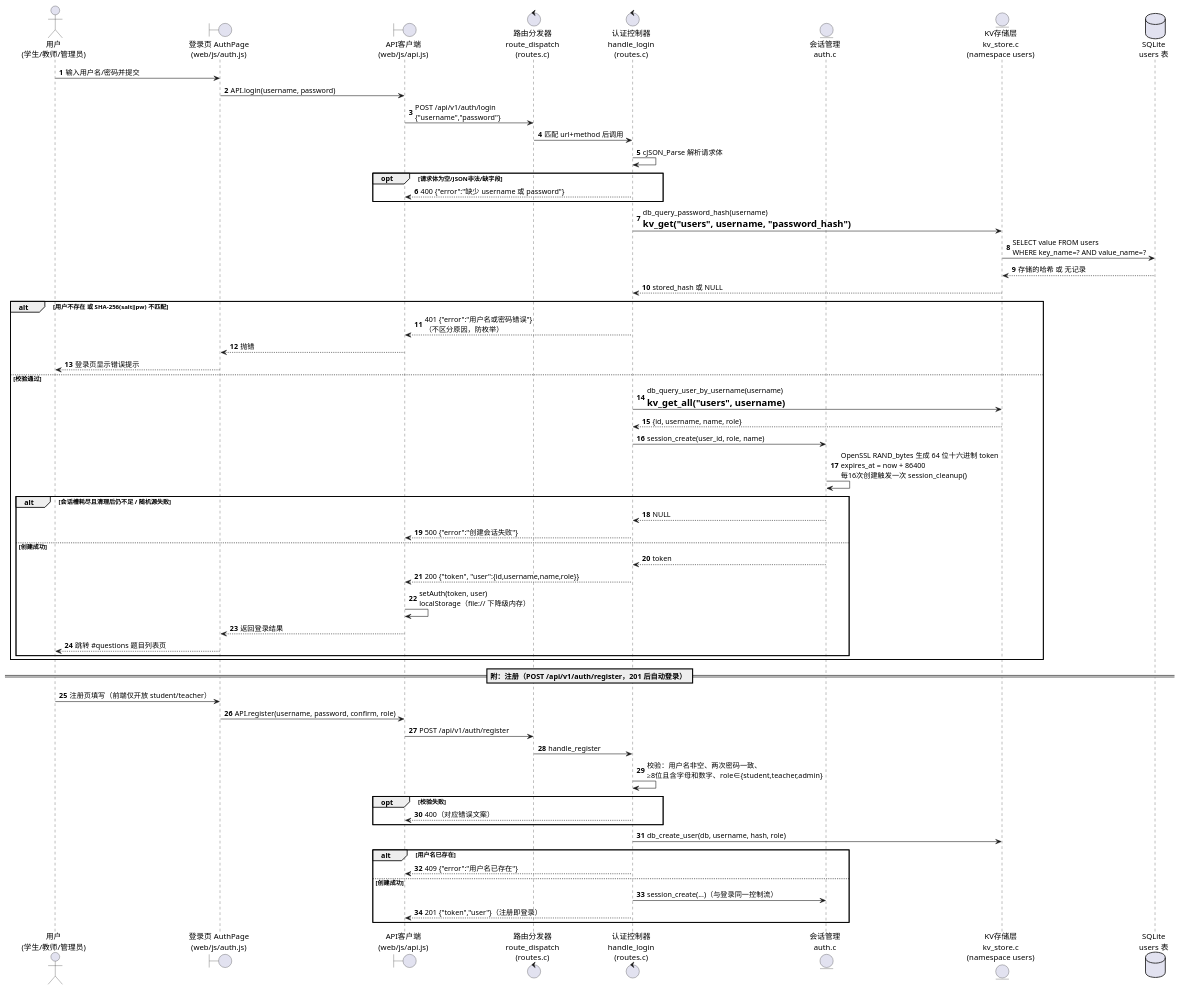
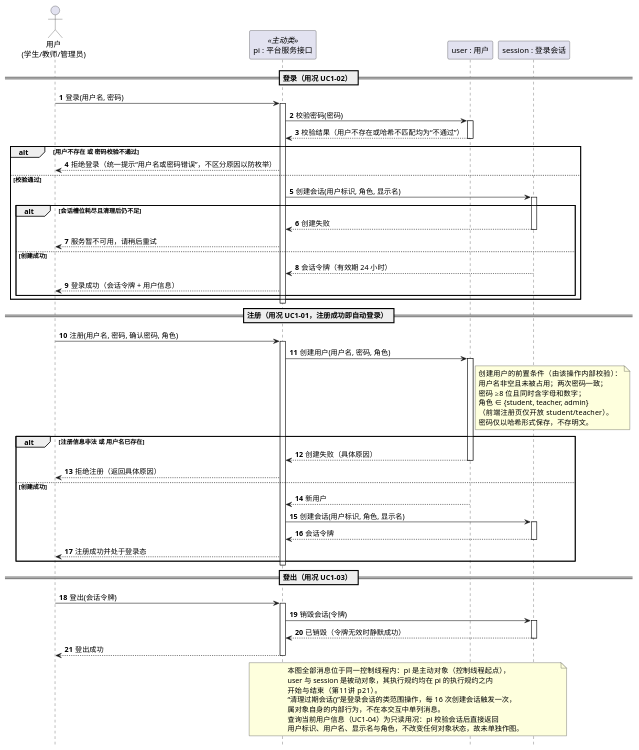
One commit to Araaaagorn/ai-question-bank changed the diagram in OOA_OOD/diagrams/sequence/seq1_login.puml. Above: the diagram before and after it, drawn with PlantUML. The commit also changed 86 other files, not shown here.

```diff
--- a/OOA_OOD/diagrams/sequence/seq1_login.puml
+++ b/OOA_OOD/diagrams/sequence/seq1_login.puml
@@ -1,69 +1,97 @@
 @startuml seq1_login
-' 顺序图1：用户登录与身份认证
-' 依据：web/js/auth.js+api.js、server/src/routes.c(handle_login/handle_register)、
-'       server/src/auth.c、server/src/db.c（经 kv_store 读 users）
+' AI+题库智能教学平台 — 图2-6 顺序图1：用户登录与身份认证（OOA 分析层）
+' 课程依据（第11讲）：
+'   p6  对象表示法为“[对象名] : 类名”；生命线为垂直虚线
+'   p7  执行规约（激活条）：顶端画在进入箭头的尖端，底端画在返回箭头的尾部
+'   p9  同步消息的返回可省略；需标识返回值时显式画在返回箭头上
+'   p16-19 用 opt / alt / loop 组合片段表达可选、条件与迭代，不用交叉消息线代替逻辑结构
+'   p20 建立顺序图：设置语境 → 上部列出对象并给出类名、设生命线，发起交互的对象放左边
+'   p21 同一控制线程内，接收者的执行规约应在发送者发出消息之后开始、在其结束之前结束
+' 第10讲 p14：与 GUI、DBMS 等实现条件有关的对象不进入 OOA 模型。
+'   故本图**不含**登录页/API 客户端（人机交互部分）与 KV 存储层/SQLite（数据管理部分）；
+'   这些设计对象及其消息见 OOD 图3-10（登录与身份认证设计顺序图）、图3-1 与图3-6。
+' 说明：消息名与图2-4 类图的操作一一对应；pi 为主动对象（控制线程起点）。
+' 依据：server/src/{routes,auth,db}.c、docs/auth.md、docs/软件需求说明书.md UC-01
 autonumber
 skinparam shadowing false
+' 课程格式（第11讲 p6）：对象只在顺序图**顶部**标注一次（[对象名] : 类名）；
+' 下方不再重复绘制对象框与对象名，故关闭 PlantUML 默认的底部 footbox。
+hide footbox
 
 actor "用户\n(学生/教师/管理员)" as U
-boundary "登录页 AuthPage\n(web/js/auth.js)" as UI
-boundary "API客户端\n(web/js/api.js)" as API
-control "路由分发器\nroute_dispatch\n(routes.c)" as RD
-control "认证控制器\nhandle_login\n(routes.c)" as CL
-entity "会话管理\nauth.c" as SESS
-entity "KV存储层\nkv_store.c\n(namespace users)" as KV
-database "SQLite\nusers 表" as DB
+participant "pi : 平台服务接口" as PI <<主动类>>
+participant "user : 用户" as USER
+participant "session : 登录会话" as SESS
 
-U -> UI : 输入用户名/密码并提交
-UI -> API : API.login(username, password)
-API -> RD : POST /api/v1/auth/login\n{"username","password"}
-RD -> CL : 匹配 url+method 后调用
+== 登录（用况 UC1-02） ==
+U -> PI : 登录(用户名, 密码)
+activate PI
+PI -> USER : 校验密码(密码)
+activate USER
+USER --> PI : 校验结果（用户不存在或哈希不匹配均为“不通过”）
+deactivate USER
 
-CL -> CL : cJSON_Parse 解析请求体
-opt 请求体为空/JSON非法/缺字段
-  CL --> API : 400 {"error":"缺少 username 或 password"}
-end
-
-CL -> KV : db_query_password_hash(username)\n= kv_get("users", username, "password_hash")
-KV -> DB : SELECT value FROM users\nWHERE key_name=? AND value_name=?
-DB --> KV : 存储的哈希 或 无记录
-KV --> CL : stored_hash 或 NULL
-
-alt 用户不存在 或 SHA-256(salt‖pw) 不匹配
-  CL --> API : 401 {"error":"用户名或密码错误"}\n（不区分原因，防枚举）
-  API --> UI : 抛错
-  UI --> U : 登录页显示错误提示
+alt 用户不存在 或 密码校验不通过
+  PI --> U : 拒绝登录（统一提示“用户名或密码错误”，不区分原因以防枚举）
 else 校验通过
-  CL -> KV : db_query_user_by_username(username)\n= kv_get_all("users", username)
-  KV --> CL : {id, username, name, role}
-  CL -> SESS : session_create(user_id, role, name)
-  SESS -> SESS : OpenSSL RAND_bytes 生成 64 位十六进制 token\nexpires_at = now + 86400\n每16次创建触发一次 session_cleanup()
-  alt 会话槽耗尽且清理后仍不足 / 随机源失败
-    SESS --> CL : NULL
-    CL --> API : 500 {"error":"创建会话失败"}
+  PI -> SESS : 创建会话(用户标识, 角色, 显示名)
+  activate SESS
+  alt 会话槽位耗尽且清理后仍不足
+    SESS --> PI : 创建失败
+    deactivate SESS
+    PI --> U : 服务暂不可用，请稍后重试
   else 创建成功
-    SESS --> CL : token
-    CL --> API : 200 {"token", "user":{id,username,name,role}}
-    API -> API : setAuth(token, user)\nlocalStorage（file:// 下降级内存）
-    API --> UI : 返回登录结果
-    UI --> U : 跳转 #questions 题目列表页
+    SESS --> PI : 会话令牌（有效期 24 小时）
+    deactivate SESS
+    PI --> U : 登录成功（会话令牌 + 用户信息）
   end
 end
+deactivate PI
 
-== 附：注册（POST /api/v1/auth/register，201 后自动登录） ==
-U -> UI : 注册页填写（前端仅开放 student/teacher）
-UI -> API : API.register(username, password, confirm, role)
-API -> RD : POST /api/v1/auth/register
-RD -> CL : handle_register
-CL -> CL : 校验：用户名非空、两次密码一致、\n≥8位且含字母和数字、role∈{student,teacher,admin}
-opt 校验失败
-  CL --> API : 400（对应错误文案）
+== 注册（用况 UC1-01，注册成功即自动登录） ==
+U -> PI : 注册(用户名, 密码, 确认密码, 角色)
+activate PI
+PI -> USER : 创建用户(用户名, 密码, 角色)
+activate USER
+note right of USER
+  创建用户的前置条件（由该操作内部校验）：
+  用户名非空且未被占用；两次密码一致；
+  密码 ≥8 位且同时含字母和数字；
+  角色 ∈ {student, teacher, admin}
+  （前端注册页仅开放 student/teacher）。
+  密码仅以哈希形式保存，不存明文。
+end note
+alt 注册信息非法 或 用户名已存在
+  USER --> PI : 创建失败（具体原因）
+  deactivate USER
+  PI --> U : 拒绝注册（返回具体原因）
+else 创建成功
+  USER --> PI : 新用户
+  PI -> SESS : 创建会话(用户标识, 角色, 显示名)
+  activate SESS
+  SESS --> PI : 会话令牌
+  deactivate SESS
+  PI --> U : 注册成功并处于登录态
 end
-CL -> KV : db_create_user(db, username, hash, role)
-alt 用户名已存在
-  CL --> API : 409 {"error":"用户名已存在"}
-else 创建成功
-  CL -> SESS : session_create(...)（与登录同一控制流）
-  CL --> API : 201 {"token","user"}（注册即登录）
-end
+deactivate PI
+
+== 登出（用况 UC1-03） ==
+U -> PI : 登出(会话令牌)
+activate PI
+PI -> SESS : 销毁会话(令牌)
+activate SESS
+SESS --> PI : 已销毁（令牌无效时静默成功）
+deactivate SESS
+PI --> U : 登出成功
+deactivate PI
+
+note over PI, SESS
+  本图全部消息位于同一控制线程内：pi 是主动对象（控制线程起点），
+  user 与 session 是被动对象，其执行规约均在 pi 的执行规约之内
+  开始与结束（第11讲 p21）。
+  “清理过期会话()”是登录会话的类范围操作，每 16 次创建会话触发一次，
+  属对象自身的内部行为，不在本交互中单列消息。
+  查询当前用户信息（UC1-04）为只读用况：pi 校验会话后直接返回
+  用户标识、用户名、显示名与角色，不改变任何对象状态，故未单独作图。
+end note
 @enduml
```
